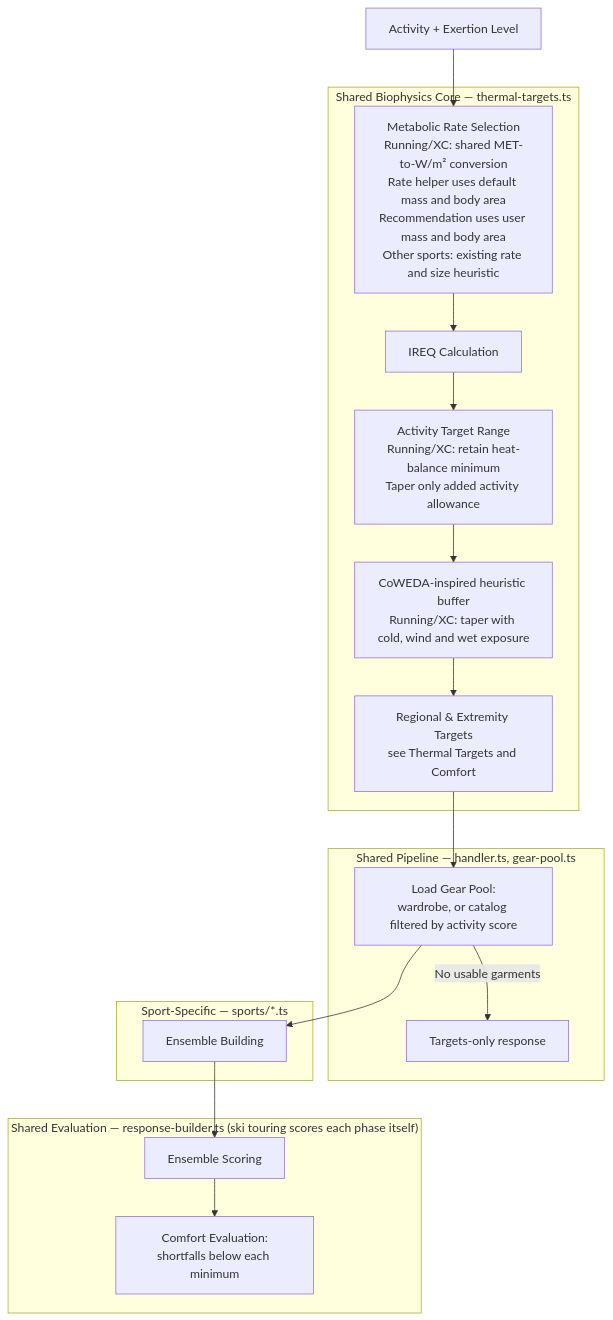
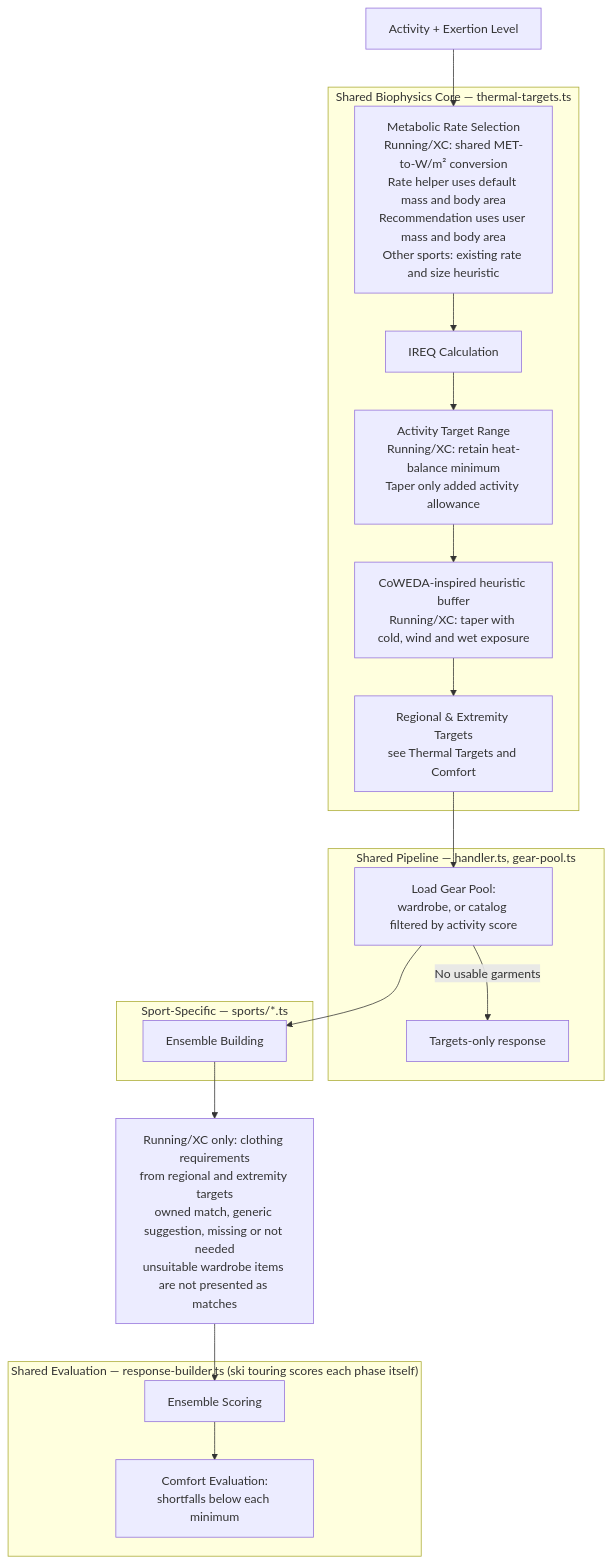
Before and after one commit to derobertsw/swttr: the first of 7 diagrams in README.md, drawn with Mermaid. The commit also changed 11 other files, not shown here.

First line of the commit message:
Separate clothing requirements from wardrobe matches for running/XC (#249) (#306)

````diff
--- a/README.md
+++ b/README.md
@@ -50,35 +50,36 @@
 ```mermaid
 graph TD
     A[Activity + Exertion Level] --> B[Metabolic Rate Selection<br/>Running/XC: shared MET-to-W/m² conversion<br/>Rate helper uses default mass and body area<br/>Recommendation uses user mass and body area<br/>Other sports: existing rate and size heuristic]
     B --> C[IREQ Calculation]
     C --> D[Activity Target Range<br/>Running/XC: retain heat-balance minimum<br/>Taper only added activity allowance]
     D --> E[CoWEDA-inspired heuristic buffer<br/>Running/XC: taper with cold, wind and wet exposure]
     E --> F[Regional & Extremity Targets<br/>see Thermal Targets and Comfort]
     F --> P[Load Gear Pool:<br/>wardrobe, or catalog filtered by activity score]
     P -->|No usable garments| T[Targets-only response]
     P --> G[Ensemble Building]
-    G --> H[Ensemble Scoring]
+    G --> R[Running/XC only: clothing requirements<br/>from regional and extremity targets<br/>owned match, generic suggestion, missing or not needed<br/>unsuitable wardrobe items are not presented as matches]
+    R --> H[Ensemble Scoring]
     H --> I[Comfort Evaluation:<br/>shortfalls below each minimum]
 
     subgraph "Shared Biophysics Core — thermal-targets.ts"
         B
         C
         D
         E
         F
     end
 
     subgraph "Shared Pipeline — handler.ts, gear-pool.ts"
         P
         T
     end
 
     subgraph "Sport-Specific — sports/*.ts"
         G
     end
 
     subgraph "Shared Evaluation — response-builder.ts (ski touring scores each phase itself)"
         H
         I
     end
 ```
````
